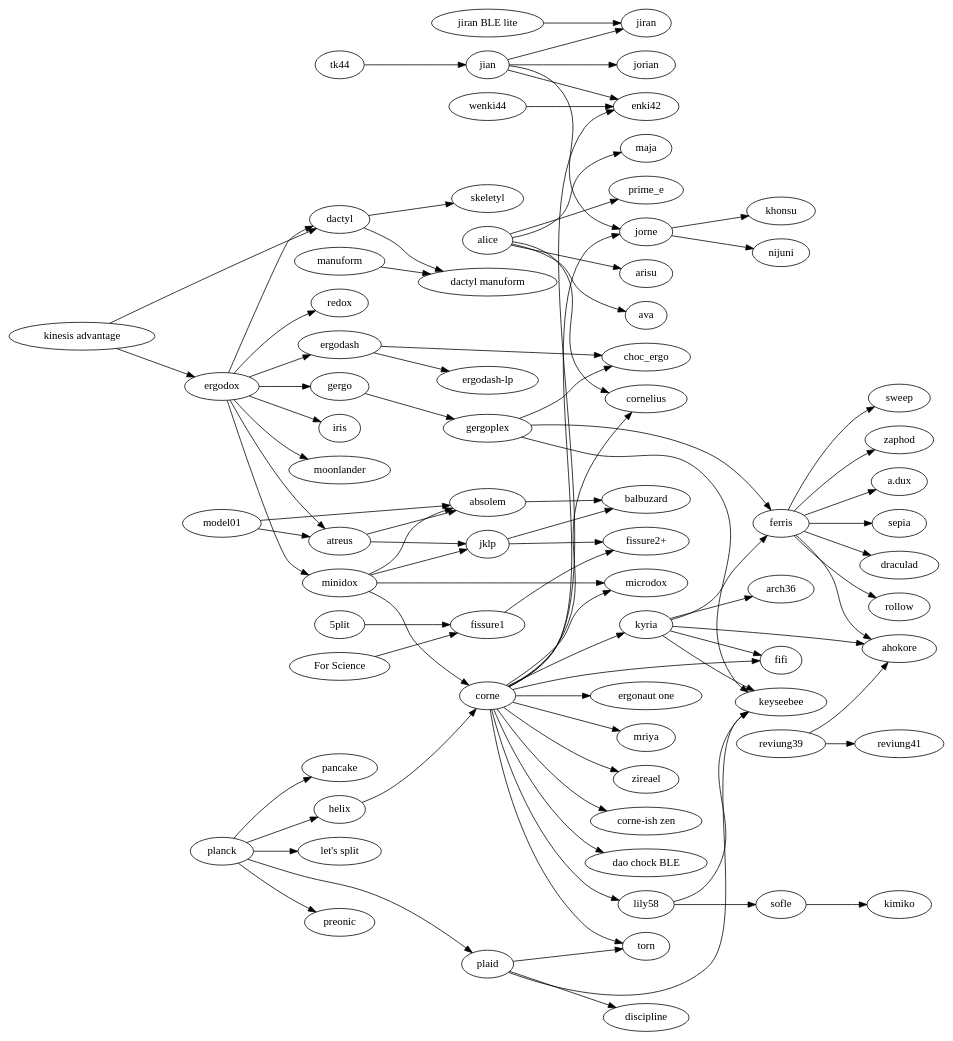
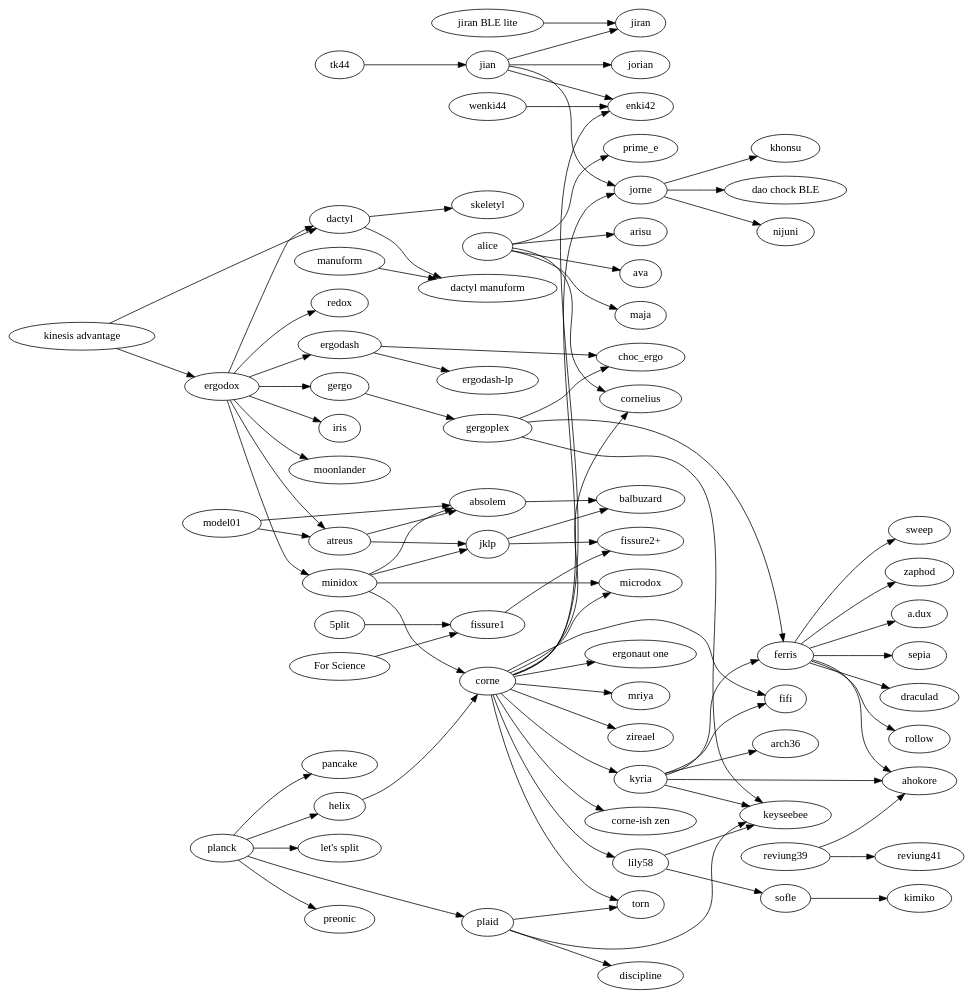
Before and after one commit to joric/graph: the diagram in tree.gv, drawn with Graphviz. The commit also changed other lines of this file, not shown here.

```diff
--- a/tree.gv
+++ b/tree.gv
@@ -1,155 +1,155 @@
 digraph {
   rankdir=LR;
 
   subgraph splits {
     helix -> corne;
     wenki44 -> enki42;
     "jiran BLE lite" -> jiran;
 
     jian -> {
       jorian;
       jorne;
       jiran;
       enki42;
     }
 
     jorne -> {
       nijuni;
       khonsu;
+      "dao chock BLE";
     }
 
     corne -> {
       "corne-ish zen";
       cornelius;
       fifi;
       kyria;
       lily58;
       microdox;
       torn;
       jorne;
-      "dao chock BLE";
       "ergonaut one";
       mriya;
       zireael;
       enki42;
     };
 
     lily58 -> {
       keyseebee;
       sofle;
     };
 
     kyria -> {
         ahokore;
         arch36;
         ferris;
         fifi;
         keyseebee;
     };
 
     "kinesis advantage" -> {
       ergodox;
       dactyl;
     };
 
     ergodox -> {
       atreus;
       dactyl;
       ergodash;
       gergo;
       iris;
       minidox;
       moonlander;
       redox;
     };
 
     ergodash -> {
       "ergodash-lp";
       choc_ergo;
     };
 
     gergo -> gergoplex;
     gergoplex -> {
       choc_ergo;
       ferris;
       keyseebee;
     };
 
     ferris -> {
       ahokore;
       sepia;
       draculad;
       rollow;
       sweep;
       zaphod;
       "a.dux";
     };
 
     manuform -> "dactyl manuform";
 
     minidox -> {
       absolem;
       corne;
       microdox;
       jklp;
     };
 
     model01 -> {
       absolem;
       atreus;
     };
 
     sofle -> kimiko;
 
     "5plit" -> "fissure1";
     "For Science" -> "fissure1";
     fissure1 -> "fissure2+";
     jklp -> "fissure2+";
   }
 
   subgraph unibody {
     atreus -> {
       absolem;
       jklp;
     };
     jklp -> balbuzard;
     absolem -> balbuzard;
     reviung39 -> {
       ahokore;
       reviung41;
     };
     tk44->jian;
   };
 
   subgraph ortholinear {
     plaid -> {
       discipline;
       keyseebee;
       torn;
     };
     planck -> {
       helix;
       "let's split";
       plaid;
       preonic;
       pancake;
     };
   }
 
   subgraph {
     dactyl -> {
       "dactyl manuform";
       skeletyl;
     }
   }
 
   subgraph alicefamily {
     alice -> {
       arisu;
       ava;
       cornelius;
       maja;
       prime_e;
     }
   }
 }
```
